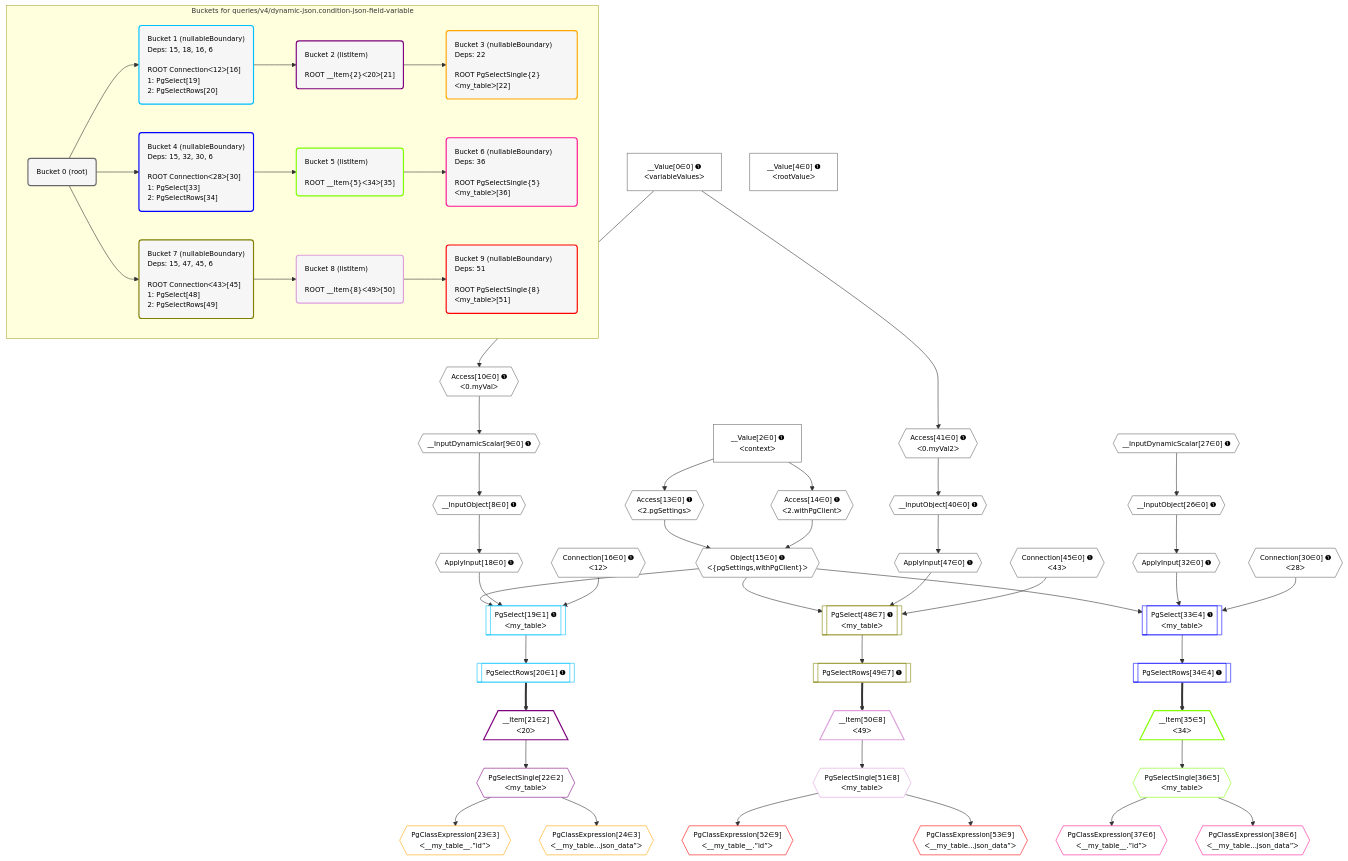
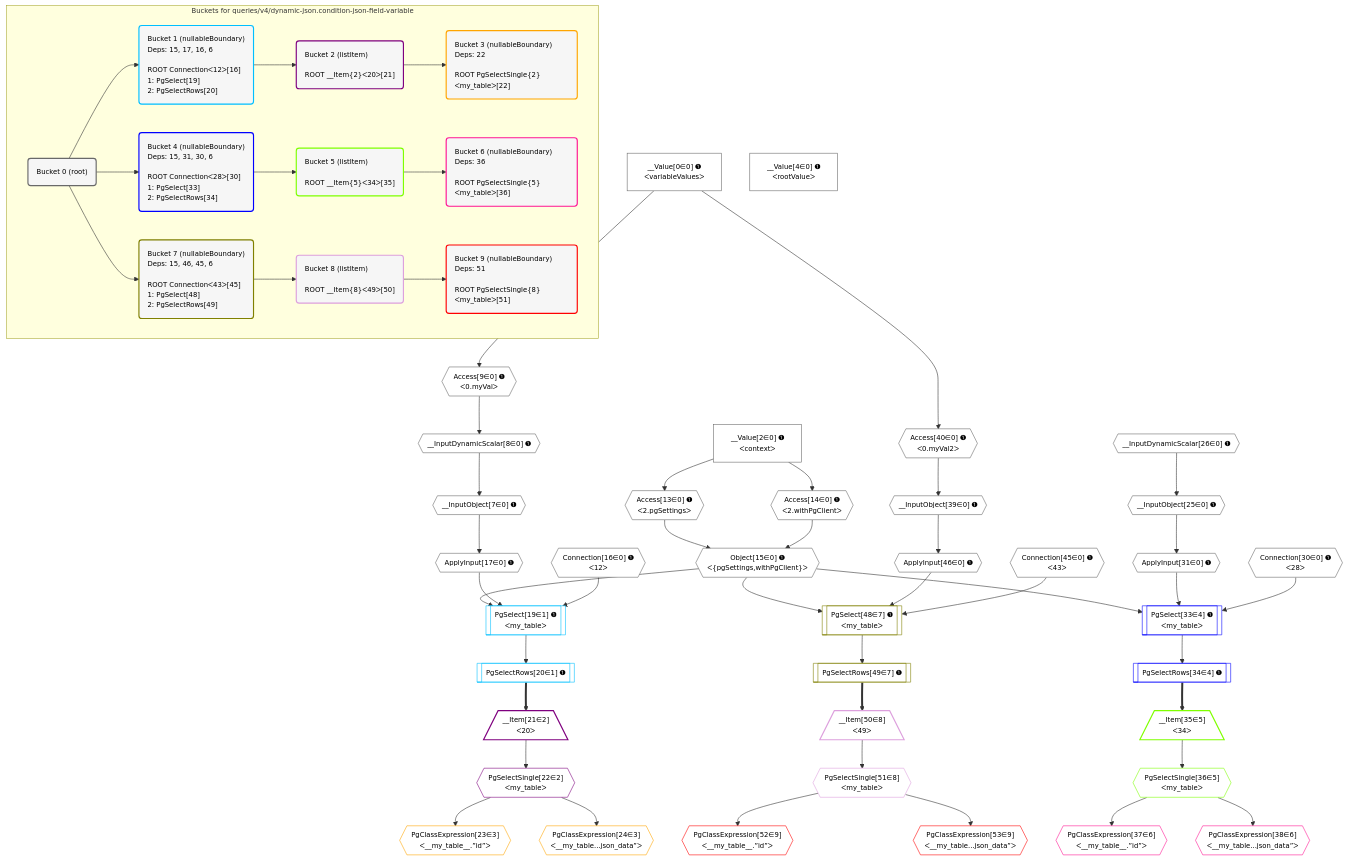
The diagram in postgraphile/postgraphile/__tests__/queries/v4/dynamic-json.condition-json-field-variable.mermaid (graphile/crystal), drawn with Mermaid before and after one commit. The commit also changed 79 other files, not shown here.

```diff
--- a/postgraphile/postgraphile/__tests__/queries/v4/dynamic-json.condition-json-field-variable.mermaid
+++ b/postgraphile/postgraphile/__tests__/queries/v4/dynamic-json.condition-json-field-variable.mermaid
@@ -1,120 +1,120 @@
 %%{init: {'themeVariables': { 'fontSize': '12px'}}}%%
 graph TD
     classDef path fill:#eee,stroke:#000,color:#000
     classDef plan fill:#fff,stroke-width:1px,color:#000
     classDef itemplan fill:#fff,stroke-width:2px,color:#000
     classDef unbatchedplan fill:#dff,stroke-width:1px,color:#000
     classDef sideeffectplan fill:#fcc,stroke-width:2px,color:#000
     classDef bucket fill:#f6f6f6,color:#000,stroke-width:2px,text-align:left
 
 
     %% plan dependencies
     Connection16{{"Connection[16∈0] ➊<br />ᐸ12ᐳ"}}:::plan
     Connection30{{"Connection[30∈0] ➊<br />ᐸ28ᐳ"}}:::plan
     Connection45{{"Connection[45∈0] ➊<br />ᐸ43ᐳ"}}:::plan
-    __InputObject8{{"__InputObject[8∈0] ➊"}}:::plan
-    __InputDynamicScalar9{{"__InputDynamicScalar[9∈0] ➊"}}:::plan
-    __InputDynamicScalar9 --> __InputObject8
+    __InputObject7{{"__InputObject[7∈0] ➊"}}:::plan
+    __InputDynamicScalar8{{"__InputDynamicScalar[8∈0] ➊"}}:::plan
+    __InputDynamicScalar8 --> __InputObject7
     Object15{{"Object[15∈0] ➊<br />ᐸ{pgSettings,withPgClient}ᐳ"}}:::plan
     Access13{{"Access[13∈0] ➊<br />ᐸ2.pgSettingsᐳ"}}:::plan
     Access14{{"Access[14∈0] ➊<br />ᐸ2.withPgClientᐳ"}}:::plan
     Access13 & Access14 --> Object15
-    __InputObject26{{"__InputObject[26∈0] ➊"}}:::plan
-    __InputDynamicScalar27{{"__InputDynamicScalar[27∈0] ➊"}}:::plan
-    __InputDynamicScalar27 --> __InputObject26
-    __InputObject40{{"__InputObject[40∈0] ➊"}}:::plan
-    Access41{{"Access[41∈0] ➊<br />ᐸ0.myVal2ᐳ"}}:::plan
-    Access41 --> __InputObject40
-    Access10{{"Access[10∈0] ➊<br />ᐸ0.myValᐳ"}}:::plan
-    Access10 --> __InputDynamicScalar9
+    __InputObject25{{"__InputObject[25∈0] ➊"}}:::plan
+    __InputDynamicScalar26{{"__InputDynamicScalar[26∈0] ➊"}}:::plan
+    __InputDynamicScalar26 --> __InputObject25
+    __InputObject39{{"__InputObject[39∈0] ➊"}}:::plan
+    Access40{{"Access[40∈0] ➊<br />ᐸ0.myVal2ᐳ"}}:::plan
+    Access40 --> __InputObject39
+    Access9{{"Access[9∈0] ➊<br />ᐸ0.myValᐳ"}}:::plan
+    Access9 --> __InputDynamicScalar8
     __Value0["__Value[0∈0] ➊<br />ᐸvariableValuesᐳ"]:::plan
-    __Value0 --> Access10
+    __Value0 --> Access9
     __Value2["__Value[2∈0] ➊<br />ᐸcontextᐳ"]:::plan
     __Value2 --> Access13
     __Value2 --> Access14
-    ApplyInput18{{"ApplyInput[18∈0] ➊"}}:::plan
-    __InputObject8 --> ApplyInput18
-    ApplyInput32{{"ApplyInput[32∈0] ➊"}}:::plan
-    __InputObject26 --> ApplyInput32
-    __Value0 --> Access41
-    ApplyInput47{{"ApplyInput[47∈0] ➊"}}:::plan
-    __InputObject40 --> ApplyInput47
+    ApplyInput17{{"ApplyInput[17∈0] ➊"}}:::plan
+    __InputObject7 --> ApplyInput17
+    ApplyInput31{{"ApplyInput[31∈0] ➊"}}:::plan
+    __InputObject25 --> ApplyInput31
+    __Value0 --> Access40
+    ApplyInput46{{"ApplyInput[46∈0] ➊"}}:::plan
+    __InputObject39 --> ApplyInput46
     __Value4["__Value[4∈0] ➊<br />ᐸrootValueᐳ"]:::plan
     PgSelect19[["PgSelect[19∈1] ➊<br />ᐸmy_tableᐳ"]]:::plan
-    Object15 & ApplyInput18 & Connection16 --> PgSelect19
+    Object15 & ApplyInput17 & Connection16 --> PgSelect19
     PgSelectRows20[["PgSelectRows[20∈1] ➊"]]:::plan
     PgSelect19 --> PgSelectRows20
     __Item21[/"__Item[21∈2]<br />ᐸ20ᐳ"\]:::itemplan
     PgSelectRows20 ==> __Item21
     PgSelectSingle22{{"PgSelectSingle[22∈2]<br />ᐸmy_tableᐳ"}}:::plan
     __Item21 --> PgSelectSingle22
     PgClassExpression23{{"PgClassExpression[23∈3]<br />ᐸ__my_table__.”id”ᐳ"}}:::plan
     PgSelectSingle22 --> PgClassExpression23
     PgClassExpression24{{"PgClassExpression[24∈3]<br />ᐸ__my_table...json_data”ᐳ"}}:::plan
     PgSelectSingle22 --> PgClassExpression24
     PgSelect33[["PgSelect[33∈4] ➊<br />ᐸmy_tableᐳ"]]:::plan
-    Object15 & ApplyInput32 & Connection30 --> PgSelect33
+    Object15 & ApplyInput31 & Connection30 --> PgSelect33
     PgSelectRows34[["PgSelectRows[34∈4] ➊"]]:::plan
     PgSelect33 --> PgSelectRows34
     __Item35[/"__Item[35∈5]<br />ᐸ34ᐳ"\]:::itemplan
     PgSelectRows34 ==> __Item35
     PgSelectSingle36{{"PgSelectSingle[36∈5]<br />ᐸmy_tableᐳ"}}:::plan
     __Item35 --> PgSelectSingle36
     PgClassExpression37{{"PgClassExpression[37∈6]<br />ᐸ__my_table__.”id”ᐳ"}}:::plan
     PgSelectSingle36 --> PgClassExpression37
     PgClassExpression38{{"PgClassExpression[38∈6]<br />ᐸ__my_table...json_data”ᐳ"}}:::plan
     PgSelectSingle36 --> PgClassExpression38
     PgSelect48[["PgSelect[48∈7] ➊<br />ᐸmy_tableᐳ"]]:::plan
-    Object15 & ApplyInput47 & Connection45 --> PgSelect48
+    Object15 & ApplyInput46 & Connection45 --> PgSelect48
     PgSelectRows49[["PgSelectRows[49∈7] ➊"]]:::plan
     PgSelect48 --> PgSelectRows49
     __Item50[/"__Item[50∈8]<br />ᐸ49ᐳ"\]:::itemplan
     PgSelectRows49 ==> __Item50
     PgSelectSingle51{{"PgSelectSingle[51∈8]<br />ᐸmy_tableᐳ"}}:::plan
     __Item50 --> PgSelectSingle51
     PgClassExpression52{{"PgClassExpression[52∈9]<br />ᐸ__my_table__.”id”ᐳ"}}:::plan
     PgSelectSingle51 --> PgClassExpression52
     PgClassExpression53{{"PgClassExpression[53∈9]<br />ᐸ__my_table...json_data”ᐳ"}}:::plan
     PgSelectSingle51 --> PgClassExpression53
 
     %% define steps
 
     subgraph "Buckets for queries/v4/dynamic-json.condition-json-field-variable"
     Bucket0("Bucket 0 (root)"):::bucket
     classDef bucket0 stroke:#696969
-    class Bucket0,__Value0,__Value2,__Value4,__InputObject8,__InputDynamicScalar9,Access10,Access13,Access14,Object15,Connection16,ApplyInput18,__InputObject26,__InputDynamicScalar27,Connection30,ApplyInput32,__InputObject40,Access41,Connection45,ApplyInput47 bucket0
-    Bucket1("Bucket 1 (nullableBoundary)<br />Deps: 15, 18, 16, 6<br /><br />ROOT Connectionᐸ12ᐳ[16]<br />1: PgSelect[19]<br />2: PgSelectRows[20]"):::bucket
+    class Bucket0,__Value0,__Value2,__Value4,__InputObject7,__InputDynamicScalar8,Access9,Access13,Access14,Object15,Connection16,ApplyInput17,__InputObject25,__InputDynamicScalar26,Connection30,ApplyInput31,__InputObject39,Access40,Connection45,ApplyInput46 bucket0
+    Bucket1("Bucket 1 (nullableBoundary)<br />Deps: 15, 17, 16, 6<br /><br />ROOT Connectionᐸ12ᐳ[16]<br />1: PgSelect[19]<br />2: PgSelectRows[20]"):::bucket
     classDef bucket1 stroke:#00bfff
     class Bucket1,PgSelect19,PgSelectRows20 bucket1
     Bucket2("Bucket 2 (listItem)<br /><br />ROOT __Item{2}ᐸ20ᐳ[21]"):::bucket
     classDef bucket2 stroke:#7f007f
     class Bucket2,__Item21,PgSelectSingle22 bucket2
     Bucket3("Bucket 3 (nullableBoundary)<br />Deps: 22<br /><br />ROOT PgSelectSingle{2}ᐸmy_tableᐳ[22]"):::bucket
     classDef bucket3 stroke:#ffa500
     class Bucket3,PgClassExpression23,PgClassExpression24 bucket3
-    Bucket4("Bucket 4 (nullableBoundary)<br />Deps: 15, 32, 30, 6<br /><br />ROOT Connectionᐸ28ᐳ[30]<br />1: PgSelect[33]<br />2: PgSelectRows[34]"):::bucket
+    Bucket4("Bucket 4 (nullableBoundary)<br />Deps: 15, 31, 30, 6<br /><br />ROOT Connectionᐸ28ᐳ[30]<br />1: PgSelect[33]<br />2: PgSelectRows[34]"):::bucket
     classDef bucket4 stroke:#0000ff
     class Bucket4,PgSelect33,PgSelectRows34 bucket4
     Bucket5("Bucket 5 (listItem)<br /><br />ROOT __Item{5}ᐸ34ᐳ[35]"):::bucket
     classDef bucket5 stroke:#7fff00
     class Bucket5,__Item35,PgSelectSingle36 bucket5
     Bucket6("Bucket 6 (nullableBoundary)<br />Deps: 36<br /><br />ROOT PgSelectSingle{5}ᐸmy_tableᐳ[36]"):::bucket
     classDef bucket6 stroke:#ff1493
     class Bucket6,PgClassExpression37,PgClassExpression38 bucket6
-    Bucket7("Bucket 7 (nullableBoundary)<br />Deps: 15, 47, 45, 6<br /><br />ROOT Connectionᐸ43ᐳ[45]<br />1: PgSelect[48]<br />2: PgSelectRows[49]"):::bucket
+    Bucket7("Bucket 7 (nullableBoundary)<br />Deps: 15, 46, 45, 6<br /><br />ROOT Connectionᐸ43ᐳ[45]<br />1: PgSelect[48]<br />2: PgSelectRows[49]"):::bucket
     classDef bucket7 stroke:#808000
     class Bucket7,PgSelect48,PgSelectRows49 bucket7
     Bucket8("Bucket 8 (listItem)<br /><br />ROOT __Item{8}ᐸ49ᐳ[50]"):::bucket
     classDef bucket8 stroke:#dda0dd
     class Bucket8,__Item50,PgSelectSingle51 bucket8
     Bucket9("Bucket 9 (nullableBoundary)<br />Deps: 51<br /><br />ROOT PgSelectSingle{8}ᐸmy_tableᐳ[51]"):::bucket
     classDef bucket9 stroke:#ff0000
     class Bucket9,PgClassExpression52,PgClassExpression53 bucket9
     Bucket0 --> Bucket1 & Bucket4 & Bucket7
     Bucket1 --> Bucket2
     Bucket2 --> Bucket3
     Bucket4 --> Bucket5
     Bucket5 --> Bucket6
     Bucket7 --> Bucket8
     Bucket8 --> Bucket9
     end
```
